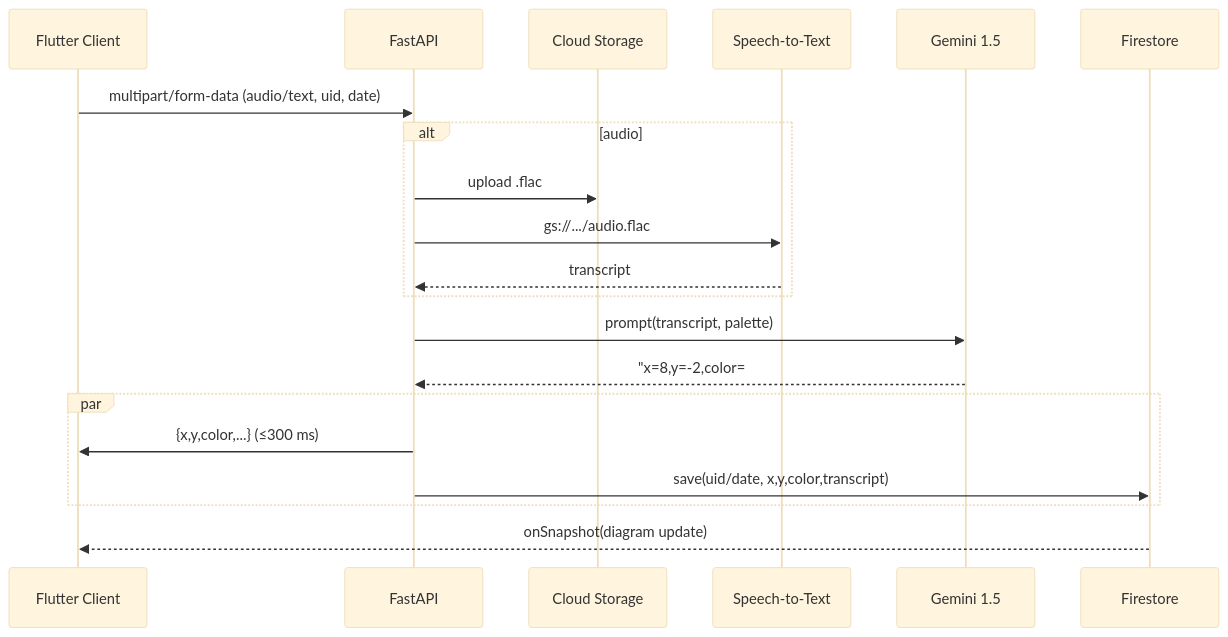
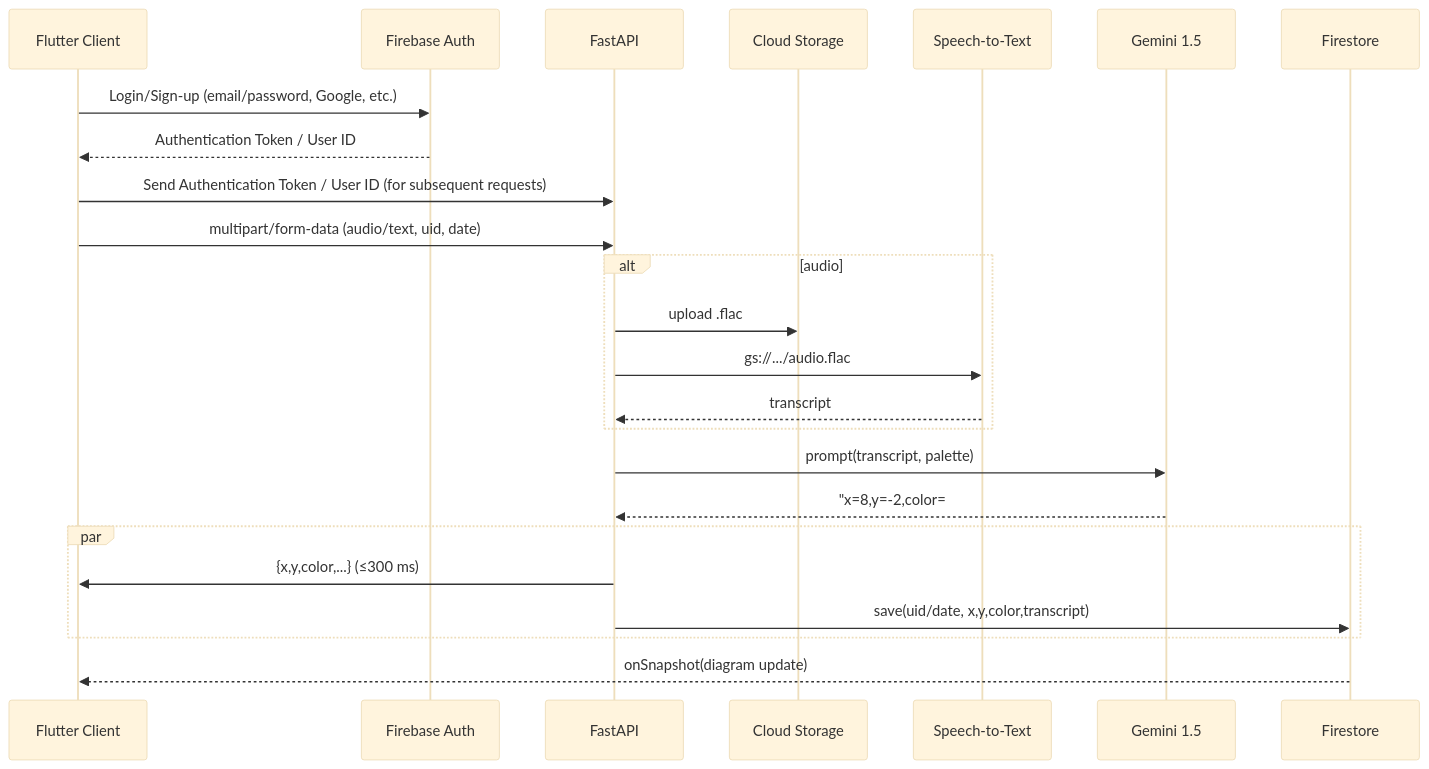
The diagram in article.md (matcha110/cloud-verbaldetox-api), drawn with Mermaid (base theme) before and after one commit. The commit also changed other lines of this file and 7 other files, not shown here.

````diff
--- a/article.md
+++ b/article.md
@@ -63,24 +65,29 @@
 ```mermaid
 
 sequenceDiagram
   participant U as Flutter Client
+  participant FA as Firebase Auth
   participant A as FastAPI
   participant GCS as Cloud Storage
   participant STT as Speech‑to‑Text
   participant GEM as Gemini 1.5
   participant FS as Firestore
+
+  U->>FA: Login/Sign-up (email/password, Google, etc.)
+  FA-->>U: Authentication Token / User ID
+  U->>A: Send Authentication Token / User ID (for subsequent requests)
 
   U->>A: multipart/form-data (audio/text, uid, date)
   alt audio
     A->>GCS: upload .flac
     A->>STT: gs://.../audio.flac
     STT-->>A: transcript
   end
   A->>GEM: prompt(transcript, palette)
   GEM-->>A: "x=8,y=-2,color=#FFC1CC"
   par
     A->>U: {x,y,color,...} (≤300 ms)
     A->>FS: save(uid/date, x,y,color,transcript)
   end
   FS-->>U: onSnapshot(diagram update)
 ```
````
